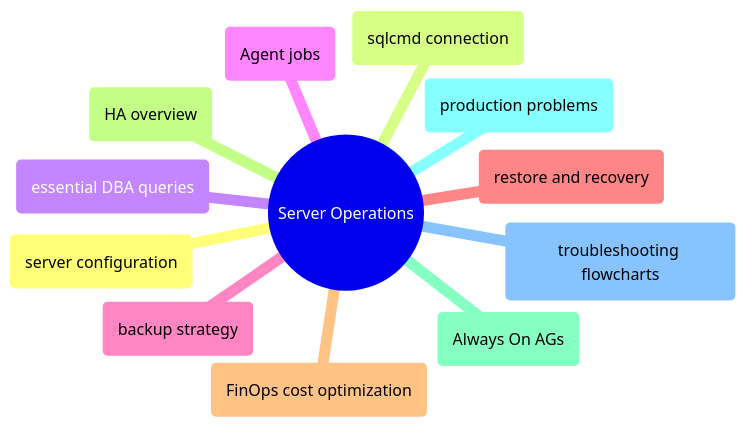
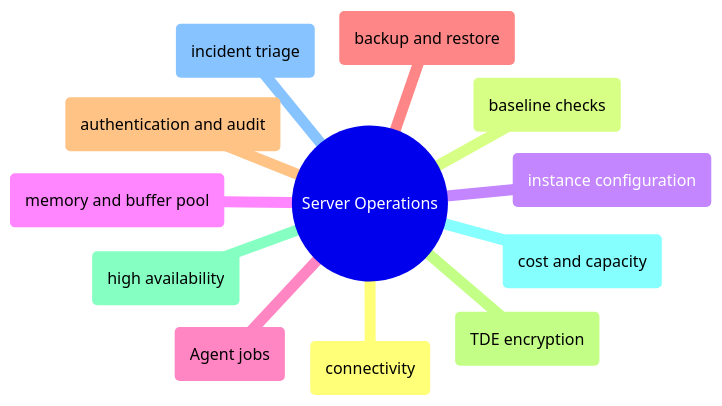
The diagram in content/04-SQL-Server/Domains/domain-server-operations.md (alp78/elysium), drawn with Mermaid before and after one commit. The commit also changed other lines of this file and 165 other files, not shown here.

````diff
--- a/content/04-SQL-Server/Domains/domain-server-operations.md
+++ b/content/04-SQL-Server/Domains/domain-server-operations.md
@@ -12,15 +12,15 @@
 ```mermaid
 mindmap
   ((Server Operations))
-    (server configuration)
-    (sqlcmd connection)
-    (essential DBA queries)
+    (connectivity)
+    (baseline checks)
+    (instance configuration)
+    (memory and buffer pool)
     (Agent jobs)
-    (backup strategy)
-    (restore and recovery)
-    (FinOps cost optimization)
-    (HA overview)
-    (Always On AGs)
-    (production problems)
-    (troubleshooting flowcharts)
+    (backup and restore)
+    (authentication and audit)
+    (TDE encryption)
+    (high availability)
+    (cost and capacity)
+    (incident triage)
 ```
````
